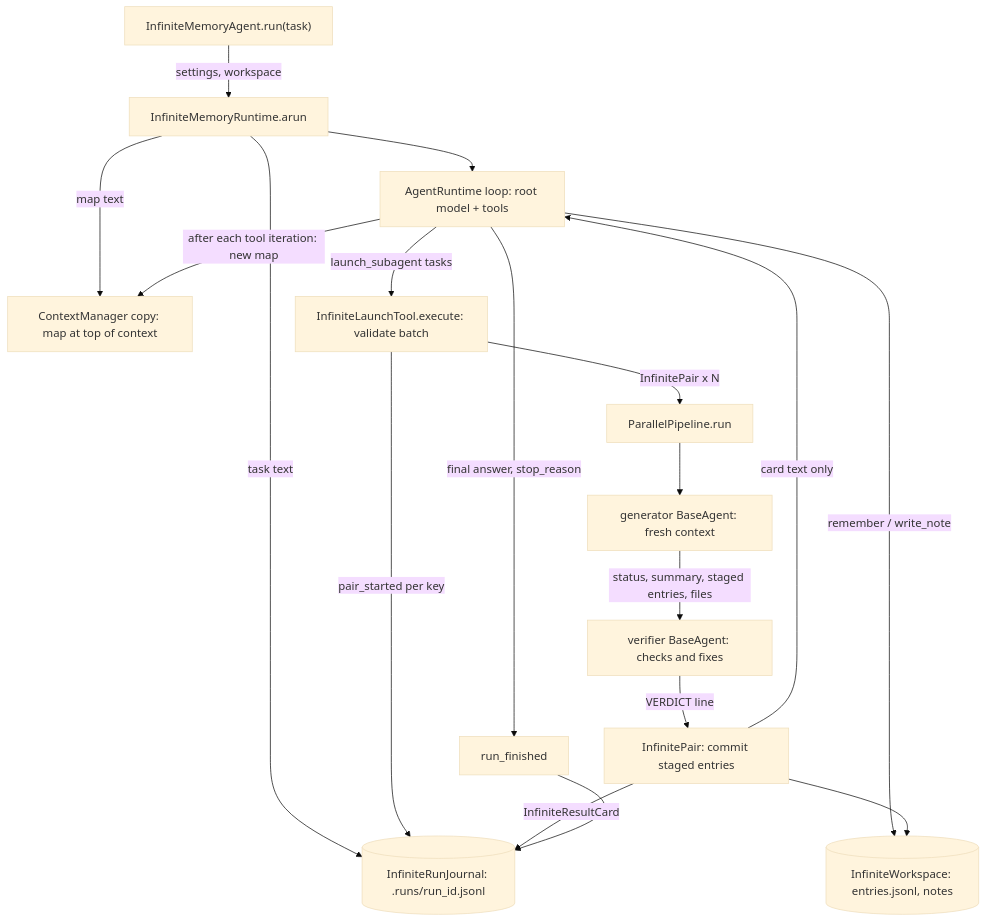
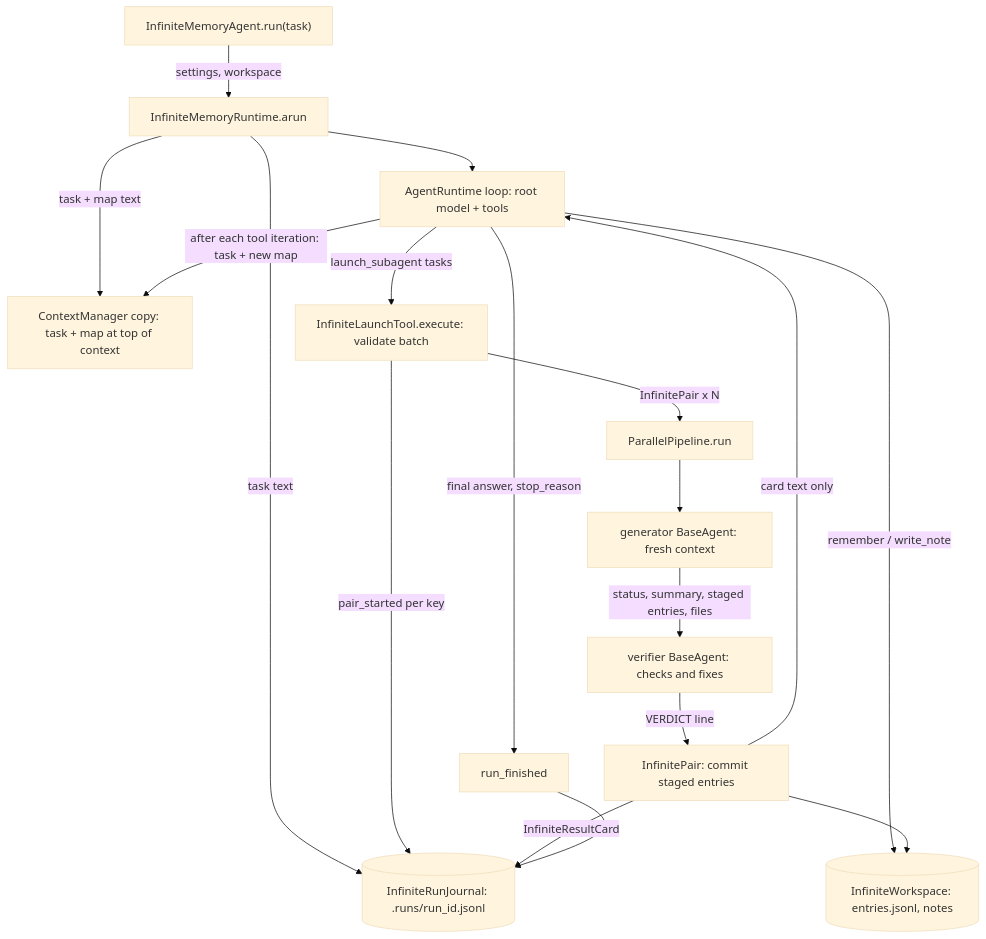
Before and after one commit to cerredz/Vidbyte-SDK: the first of 2 diagrams in docs/spec/infinite-memory-agent/spec.md, drawn with Mermaid (base theme). The commit also changed other lines of this file and 1 other file, not shown here.

First line of the commit message:
docs(spec): revise infinite-memory-agent spec r2 (address S1 review: history trimming, caps, internal launch tool, live-catalog extras)

````diff
--- a/docs/spec/infinite-memory-agent/spec.md
+++ b/docs/spec/infinite-memory-agent/spec.md
@@ -122,20 +120,20 @@
 ```mermaid
 flowchart TD
   A["InfiniteMemoryAgent.run(task)"] -->|"settings, workspace"| B["InfiniteMemoryRuntime.arun"]
   B -->|"task text"| J[("InfiniteRunJournal: .runs/run_id.jsonl")]
-  B -->|"map text"| M["ContextManager copy: map at top of context"]
+  B -->|"task + map text"| M["ContextManager copy: task + map at top of context"]
   B --> L["AgentRuntime loop: root model + tools"]
   L -->|"remember / write_note"| W[("InfiniteWorkspace: entries.jsonl, notes")]
   L -->|"launch_subagent tasks"| T["InfiniteLaunchTool.execute: validate batch"]
   T -->|"pair_started per key"| J
   T -->|"InfinitePair x N"| P["ParallelPipeline.run"]
   P --> G["generator BaseAgent: fresh context"]
   G -->|"status, summary, staged entries, files"| V["verifier BaseAgent: checks and fixes"]
   V -->|"VERDICT line"| C["InfinitePair: commit staged entries"]
   C --> W
   C -->|"InfiniteResultCard"| J
   C -->|"card text only"| L
-  L -->|"after each tool iteration: new map"| M
+  L -->|"after each tool iteration: task + new map"| M
   L -->|"final answer, stop_reason"| F["run_finished"]
   F --> J
 ```
````
